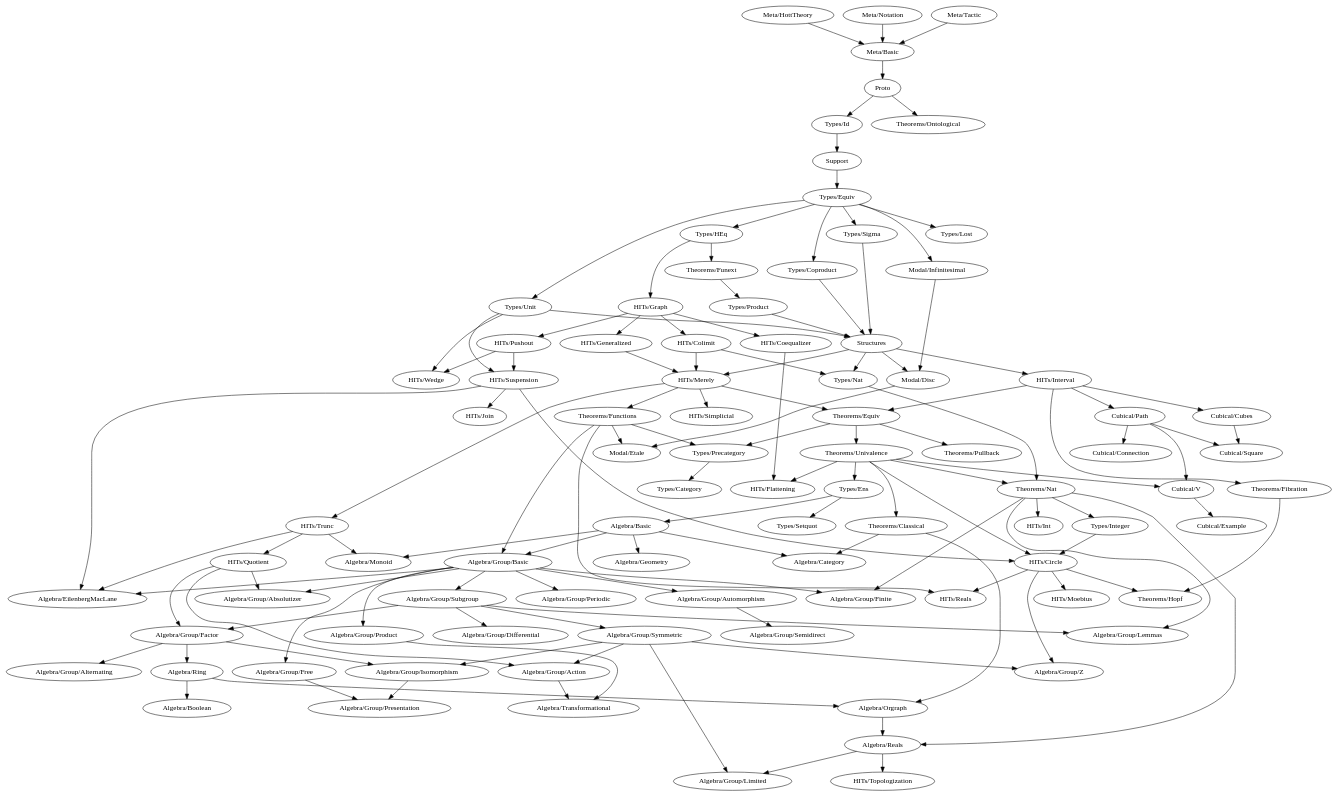
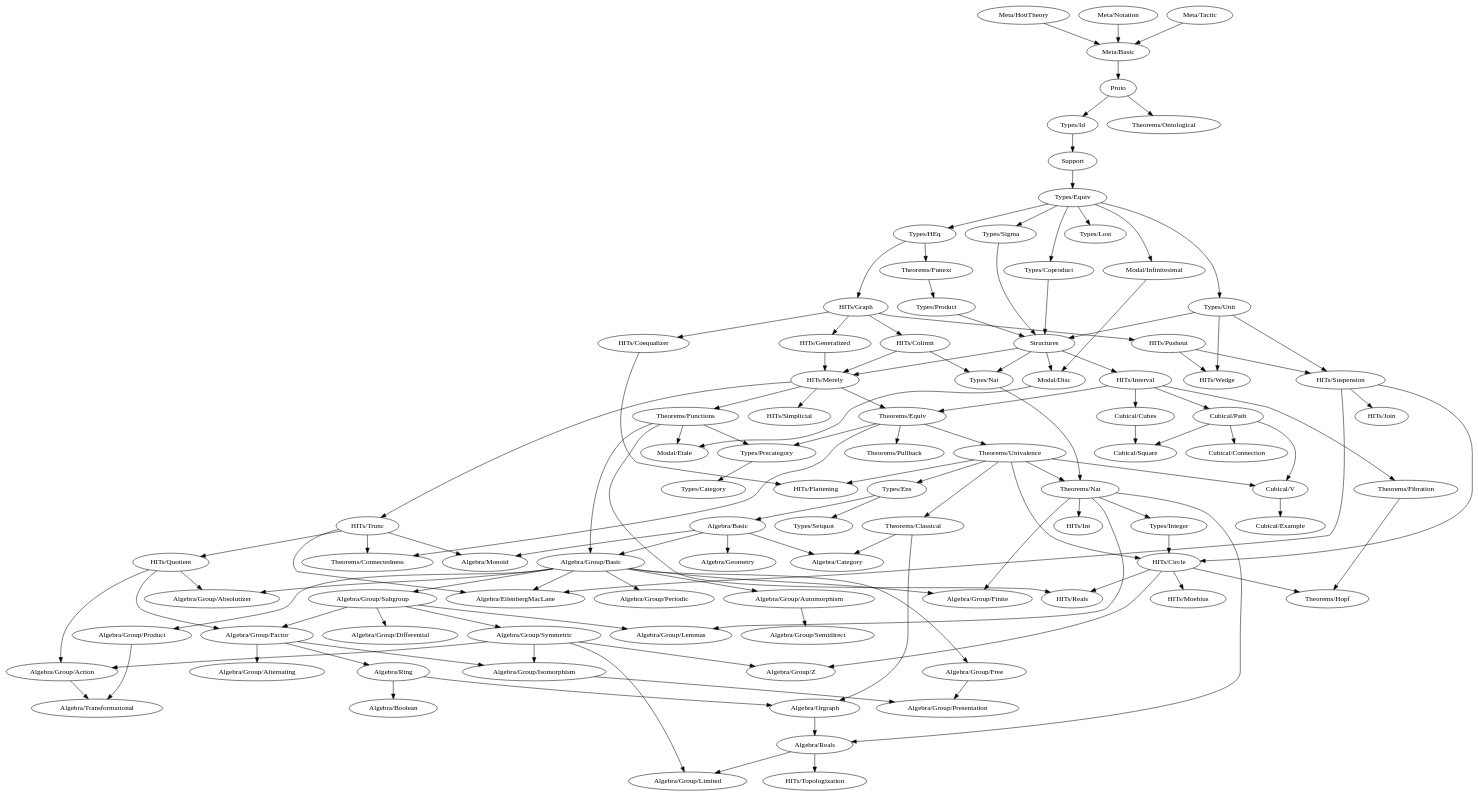
Before and after one commit to forked-from-1kasper/ground_zero: the diagram in dependency-map.gv, drawn with Graphviz. The commit also changed 4 other files, not shown here.

```diff
--- a/dependency-map.gv
+++ b/dependency-map.gv
@@ -141,7 +141,12 @@
     "HITs/Simplicial"
     "HITs/Suspension" -> { "Algebra/EilenbergMacLane", "HITs/Circle", "HITs/Join" }
     "HITs/Topologization"
-    "HITs/Trunc" -> { "Algebra/EilenbergMacLane", "Algebra/Monoid", "HITs/Quotient" }
+    "HITs/Trunc" -> {
+      "Algebra/EilenbergMacLane",
+      "Algebra/Monoid",
+      "HITs/Quotient",
+      "Theorems/Connectedness"
+    }
     "HITs/Wedge"
   }
 
@@ -192,6 +197,7 @@
     }
     "Theorems/Equiv" -> {
       "Types/Precategory",
+      "Theorems/Connectedness",
       "Theorems/Pullback",
       "Theorems/Univalence"
     }
```
